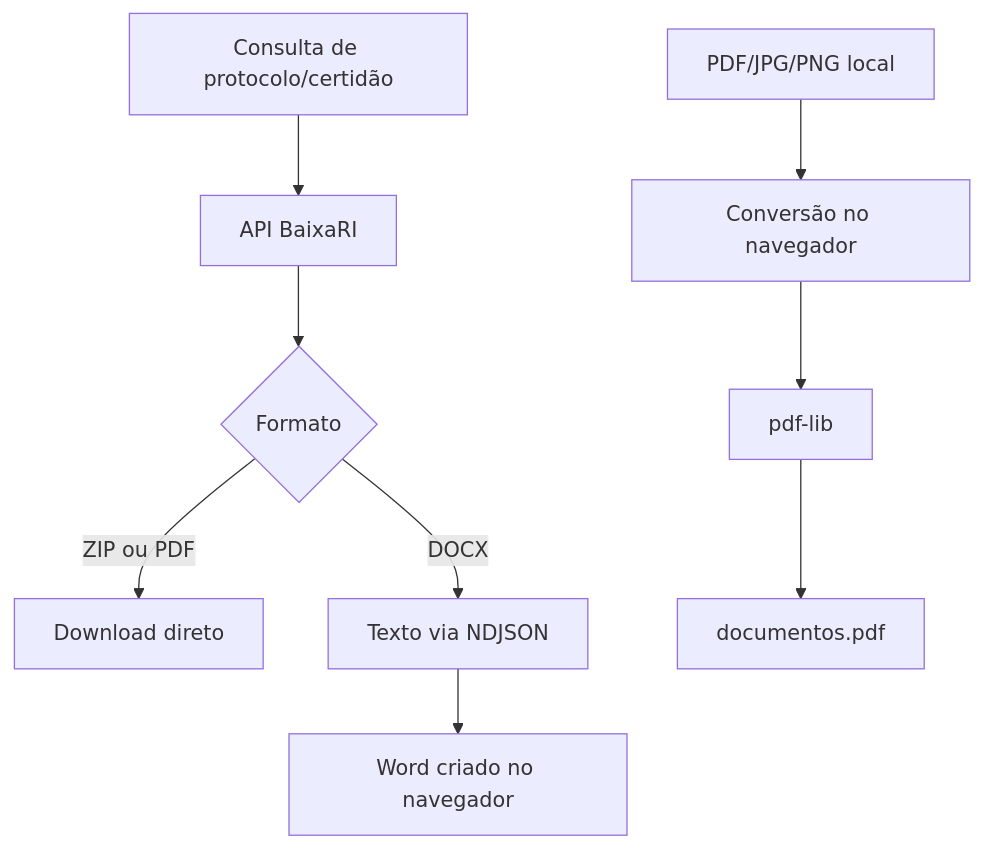
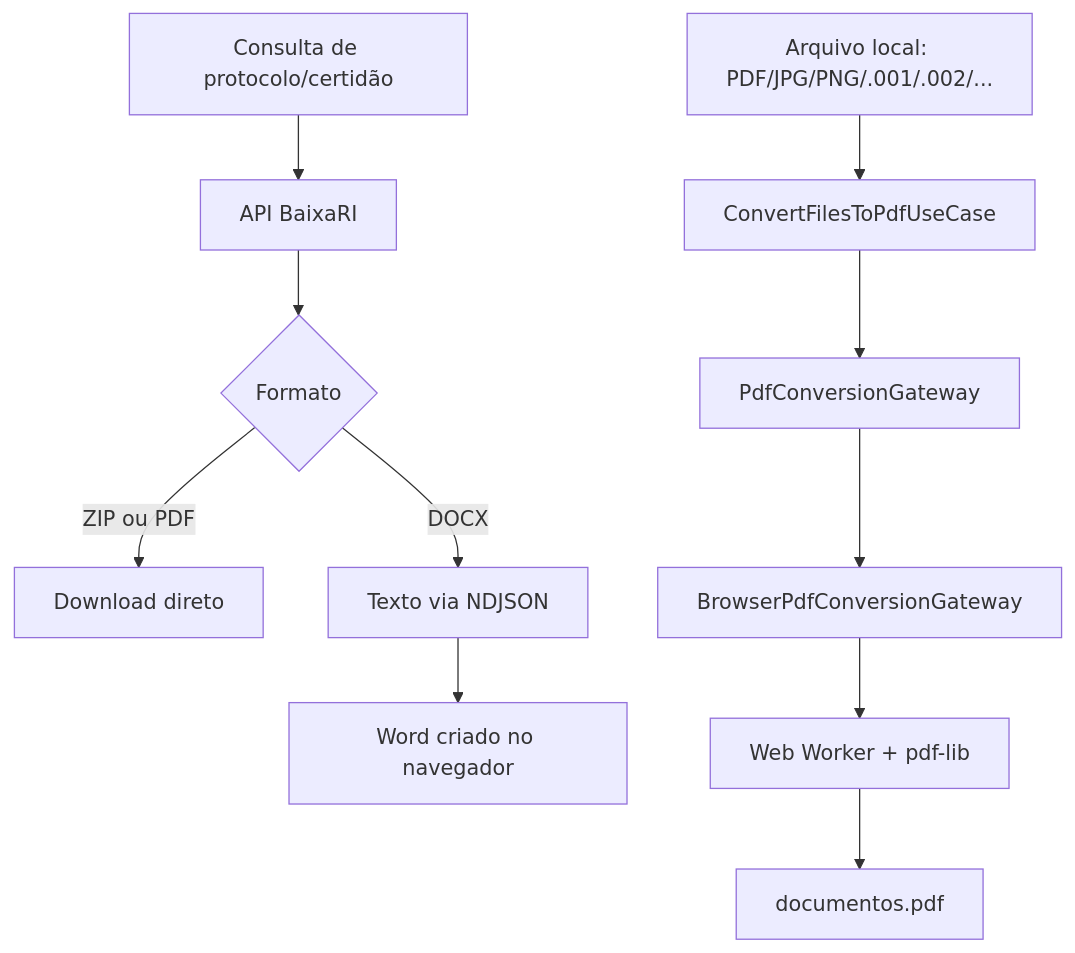
The diagram in README.md (marcosfrancomarinho/baixari), drawn with Mermaid before and after one commit. The commit also changed other lines of this file and 9 other files, not shown here.

First line of the commit message:
Make local PDF conversion memory-efficient and hexagonal

````diff
--- a/README.md
+++ b/README.md
@@ -40,12 +42,14 @@
 ```mermaid
 flowchart TD
     A["Consulta de protocolo/certidão"] --> B["API BaixaRI"]
     B --> C{"Formato"}
     C -->|ZIP ou PDF| D["Download direto"]
     C -->|DOCX| E["Texto via NDJSON"]
     E --> F["Word criado no navegador"]
 
-    G["PDF/JPG/PNG local"] --> H["Conversão no navegador"]
-    H --> I["pdf-lib"]
-    I --> J["documentos.pdf"]
+    G["Arquivo local: PDF/JPG/PNG/.001/.002/..."] --> H["ConvertFilesToPdfUseCase"]
+    H --> I["PdfConversionGateway"]
+    I --> J["BrowserPdfConversionGateway"]
+    J --> K["Web Worker + pdf-lib"]
+    K --> L["documentos.pdf"]
 ```
````
